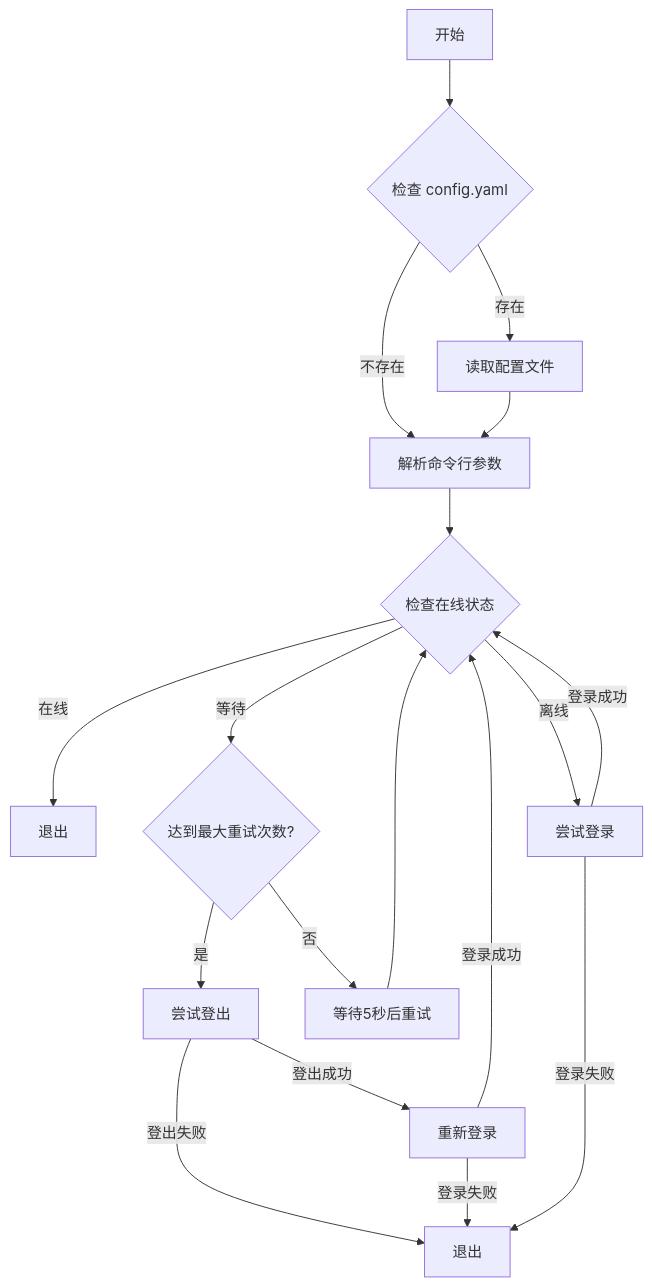
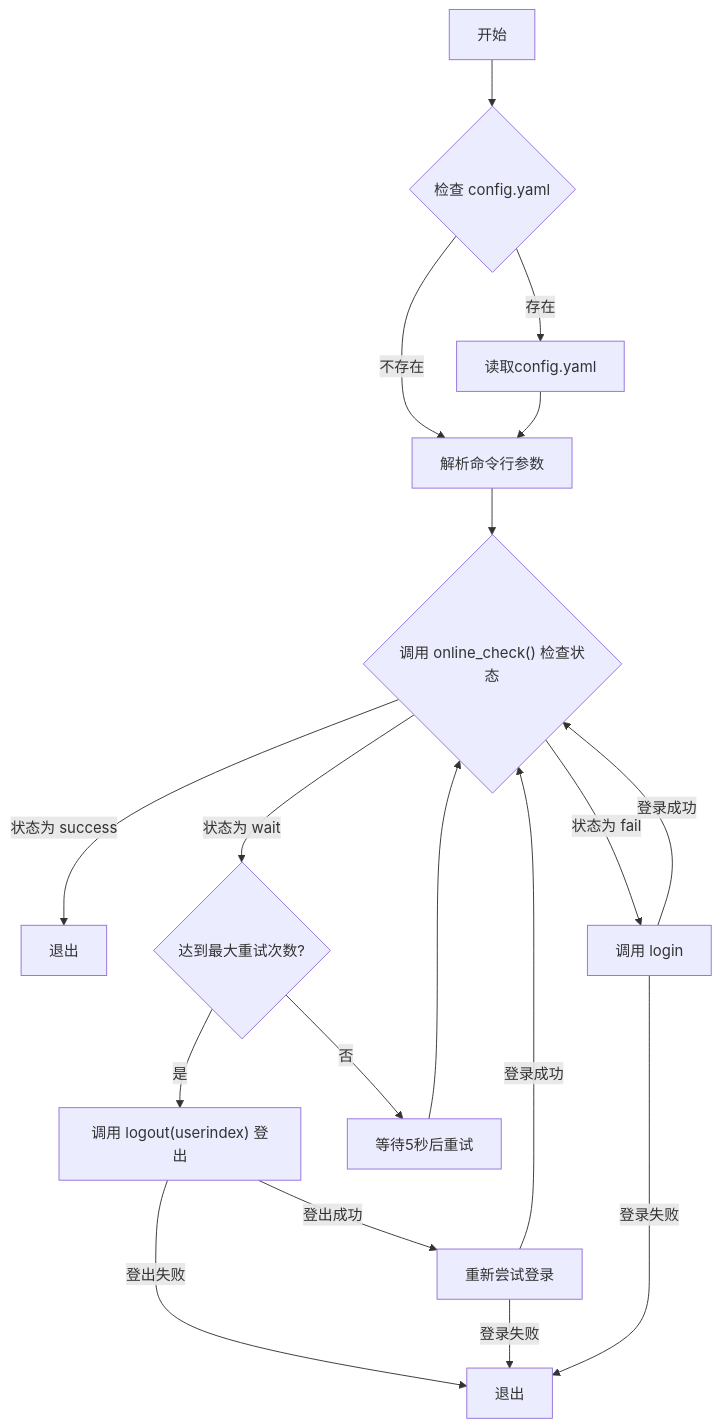
One commit to west2-online/fzu-network-login changed the diagram in README.md. Above: the diagram before and after it, drawn with Mermaid. The commit also changed other lines of this file and 1 other file, not shown here.

````diff
--- a/README.md
+++ b/README.md
@@ -36,20 +56,20 @@
 ```mermaid
 graph TD
     A[开始] --> B{检查 config.yaml}
-    B -- 存在 --> C[读取配置文件]
+    B -- 存在 --> C[读取config.yaml]
     B -- 不存在 --> D[解析命令行参数]
     C --> D
-    D --> E{检查在线状态}
-    E -- 在线 --> F[退出]
-    E -- 等待 --> G{达到最大重试次数?}
-    E -- 离线 --> H[尝试登录]
-    G -- 是 --> I[尝试登出]
+    D --> E{"调用 online_check() 检查状态"}
+    E -- 状态为 success --> F[退出]
+    E -- 状态为 wait --> G{达到最大重试次数?}
+    E -- 状态为 fail --> H["调用 login"]
+    G -- 是 --> I["调用 logout(userindex) 登出"]
     G -- 否 --> J[等待5秒后重试]
     J --> E
-    I -- 登出成功 --> K[重新登录]
+    I -- 登出成功 --> K[重新尝试登录]
     I -- 登出失败 --> L[退出]
     K -- 登录成功 --> E
     K -- 登录失败 --> L
     H -- 登录成功 --> E
     H -- 登录失败 --> L
 ```
````
